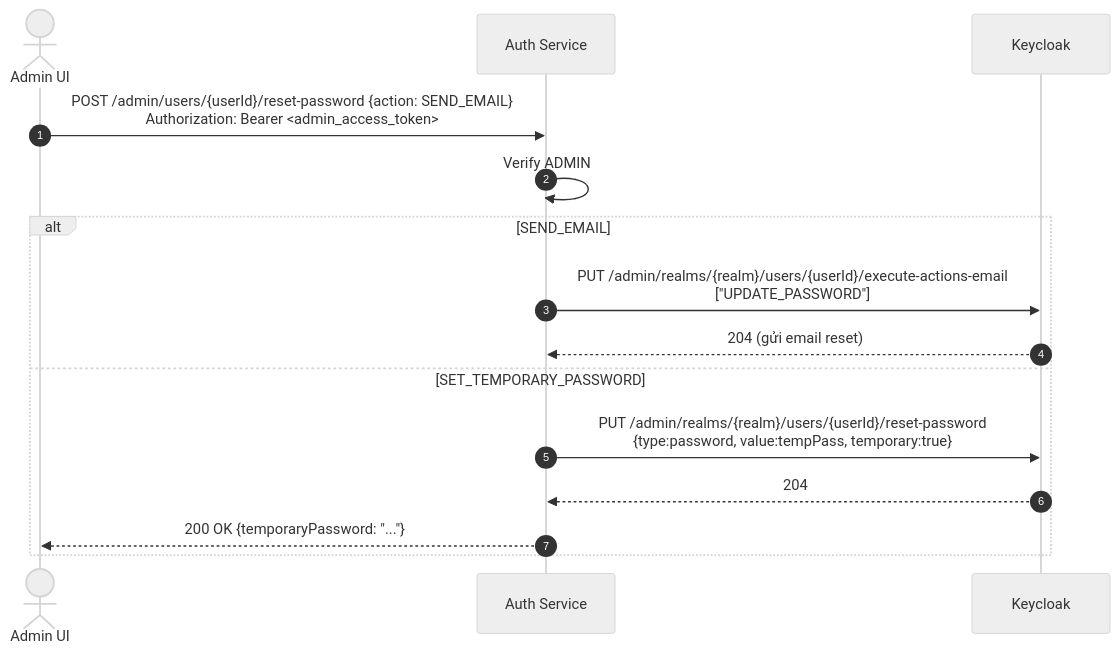
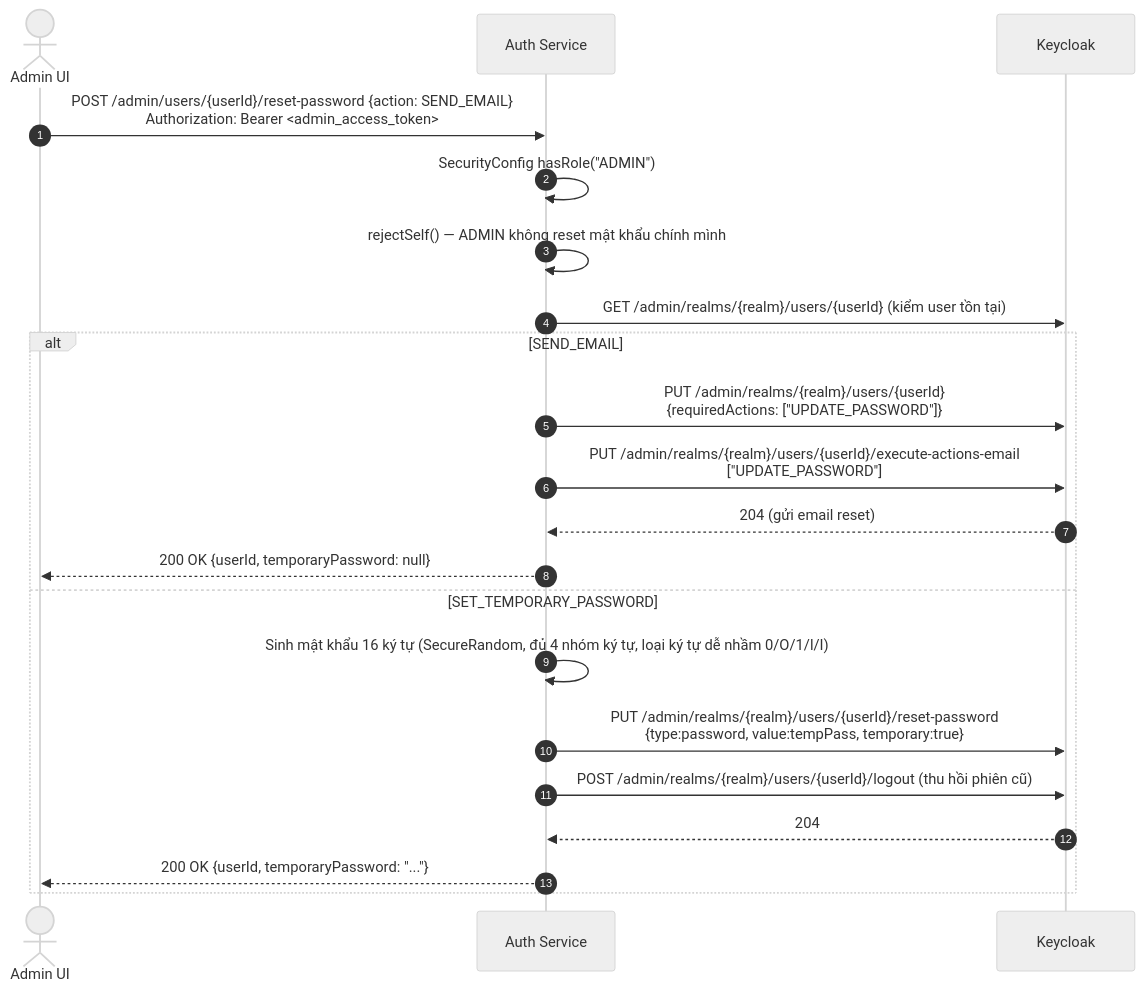
Diagram 12 of 13 in docs/architecture/auth-keycloak-flows.md (duymk123/EventHub), drawn with Mermaid (neutral theme) before and after one commit. The commit also changed other lines of this file and 27 other files, not shown here.

````diff
--- a/docs/architecture/auth-keycloak-flows.md
+++ b/docs/architecture/auth-keycloak-flows.md
@@ -333,18 +381,24 @@
 ```mermaid
 sequenceDiagram
     autonumber
     actor FE as Admin UI
     participant AS as Auth Service
     participant KC as Keycloak
 
     FE->>AS: POST /admin/users/{userId}/reset-password {action: SEND_EMAIL}<br/>Authorization: Bearer <admin_access_token>
-    AS->>AS: Verify ADMIN
+    AS->>AS: SecurityConfig hasRole("ADMIN")
+    AS->>AS: rejectSelf() — ADMIN không reset mật khẩu chính mình
+    AS->>KC: GET /admin/realms/{realm}/users/{userId} (kiểm user tồn tại)
     alt SEND_EMAIL
+        AS->>KC: PUT /admin/realms/{realm}/users/{userId}<br/>{requiredActions: ["UPDATE_PASSWORD"]}
         AS->>KC: PUT /admin/realms/{realm}/users/{userId}/execute-actions-email<br/>["UPDATE_PASSWORD"]
         KC-->>AS: 204 (gửi email reset)
+        AS-->>FE: 200 OK {userId, temporaryPassword: null}
     else SET_TEMPORARY_PASSWORD
+        AS->>AS: Sinh mật khẩu 16 ký tự (SecureRandom, đủ 4 nhóm ký tự, loại ký tự dễ nhầm 0/O/1/l/I)
         AS->>KC: PUT /admin/realms/{realm}/users/{userId}/reset-password<br/>{type:password, value:tempPass, temporary:true}
+        AS->>KC: POST /admin/realms/{realm}/users/{userId}/logout (thu hồi phiên cũ)
         KC-->>AS: 204
-        AS-->>FE: 200 OK {temporaryPassword: "..."}
+        AS-->>FE: 200 OK {userId, temporaryPassword: "..."}
     end
 ```
````
